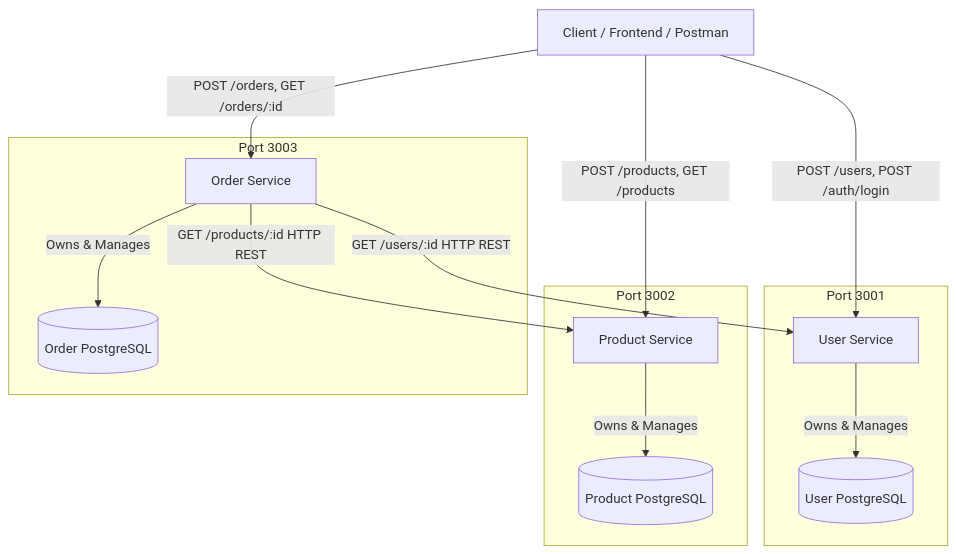
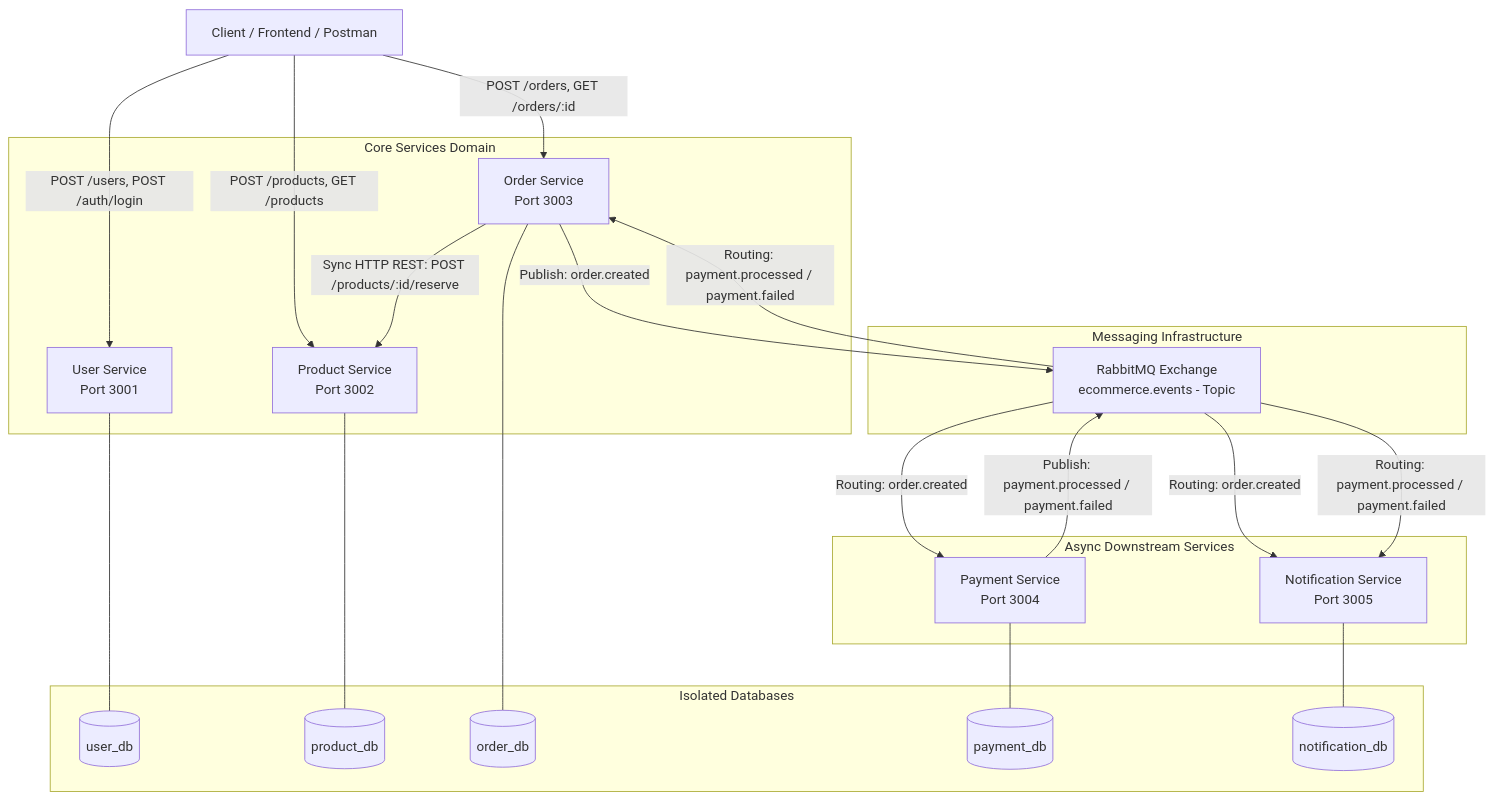
The first of 2 diagrams in docs/architecture.md (Arasan347/ecommerce-microservices-devops), drawn with Mermaid before and after one commit. The commit also changed other lines of this file and 70 other files, not shown here.

````diff
--- a/docs/architecture.md
+++ b/docs/architecture.md
@@ -7,29 +13,47 @@
 ```mermaid
 graph TD
     Client[Client / Frontend / Postman]
 
-    subgraph User Service Domain [Port 3001]
-        US[User Service]
-        UDB[(User PostgreSQL)]
-        US -->|Owns & Manages| UDB
+    subgraph Core Services Domain
+        US[User Service<br/>Port 3001]
+        PS[Product Service<br/>Port 3002]
+        OS[Order Service<br/>Port 3003]
     end
 
-    subgraph Product Service Domain [Port 3002]
-        PS[Product Service]
-        PDB[(Product PostgreSQL)]
-        PS -->|Owns & Manages| PDB
+    subgraph Messaging Infrastructure
+        EX[RabbitMQ Exchange<br/>ecommerce.events - Topic]
     end
 
-    subgraph Order Service Domain [Port 3003]
-        OS[Order Service]
-        ODB[(Order PostgreSQL)]
-        OS -->|Owns & Manages| ODB
+    subgraph Async Downstream Services
+        PAY[Payment Service<br/>Port 3004]
+        NOTIF[Notification Service<br/>Port 3005]
     end
+
+    subgraph Isolated Databases
+        UDB[(user_db)]
+        PDB[(product_db)]
+        ODB[(order_db)]
+        PAYDB[(payment_db)]
+        NDB[(notification_db)]
+    end
+
+    US --- UDB
+    PS --- PDB
+    OS --- ODB
+    PAY --- PAYDB
+    NOTIF --- NDB
 
     Client -->|POST /users, POST /auth/login| US
     Client -->|POST /products, GET /products| PS
     Client -->|POST /orders, GET /orders/:id| OS
 
-    OS -->|GET /users/:id HTTP REST| US
-    OS -->|GET /products/:id HTTP REST| PS
+    OS -->|Sync HTTP REST: POST /products/:id/reserve| PS
+    OS -->|Publish: order.created| EX
+
+    EX -->|Routing: order.created| PAY
+    EX -->|Routing: order.created| NOTIF
+
+    PAY -->|Publish: payment.processed / payment.failed| EX
+    EX -->|Routing: payment.processed / payment.failed| OS
+    EX -->|Routing: payment.processed / payment.failed| NOTIF
 ```
````
